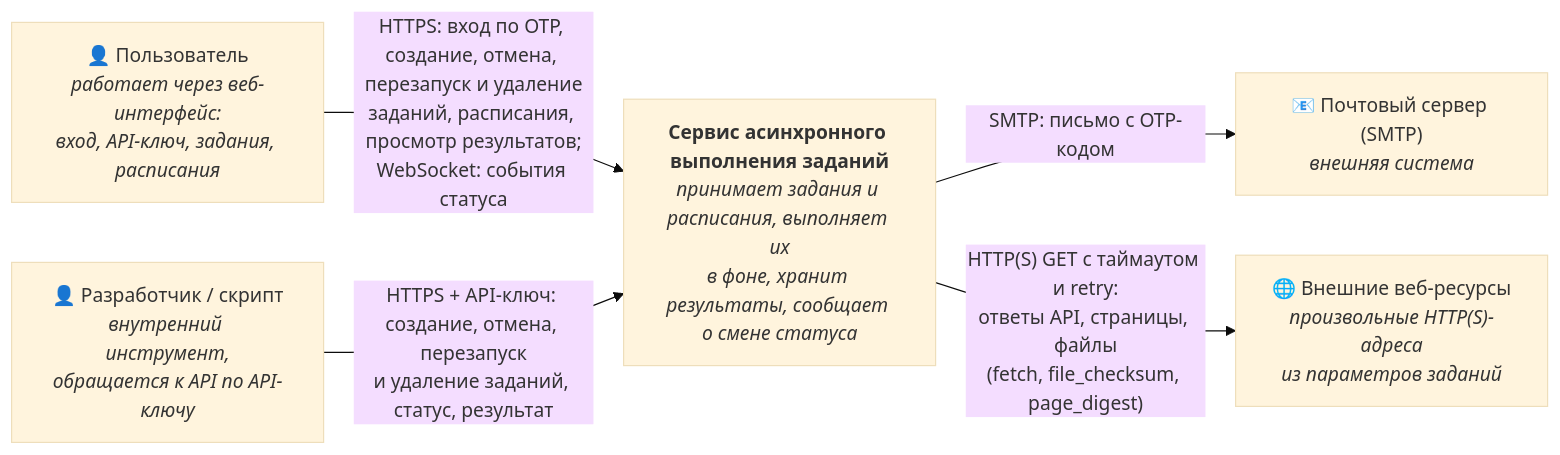
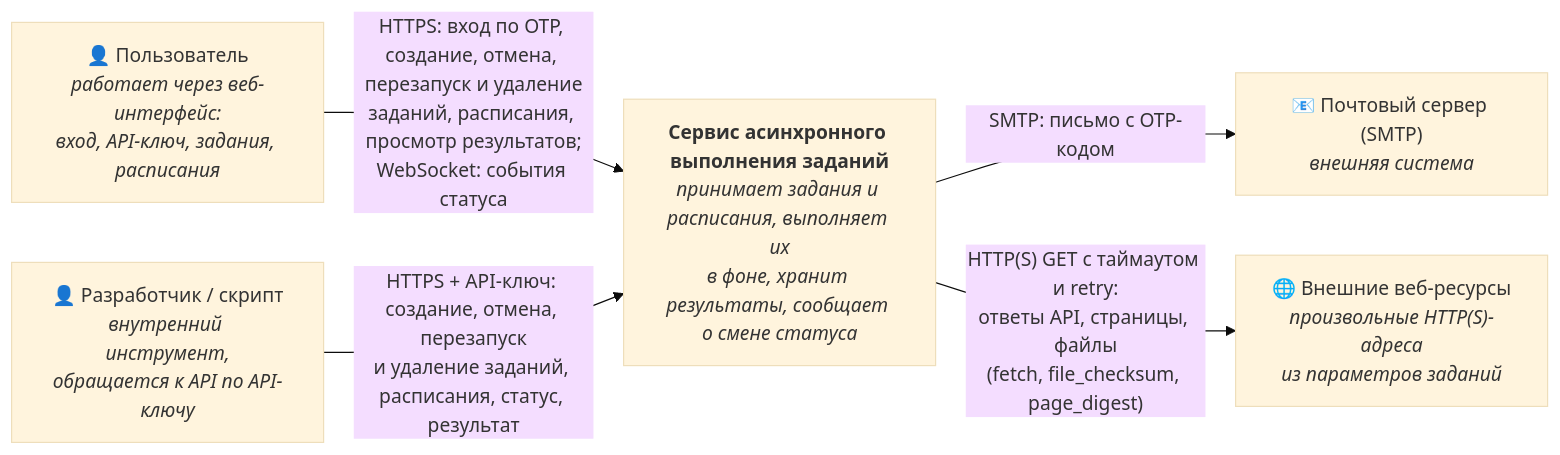
Before and after one commit to AIProgramIngeneering2026/team-cifrovie-kovri-sezon-2: the first of 2 diagrams in docs/architecture.md, drawn with Mermaid (base theme). The commit also changed other lines of this file and 6 other files, not shown here.

````diff
--- a/docs/architecture.md
+++ b/docs/architecture.md
@@ -11,15 +11,15 @@
 ```mermaid
 flowchart LR
     user["👤 Пользователь<br/><i>работает через веб-интерфейс:<br/>вход, API-ключ, задания, расписания</i>"]
     dev["👤 Разработчик / скрипт<br/><i>внутренний инструмент,<br/>обращается к API по API-ключу</i>"]
 
     system["<b>Сервис асинхронного выполнения заданий</b><br/><i>принимает задания и расписания, выполняет их<br/>в фоне, хранит результаты, сообщает о смене статуса</i>"]
 
     smtp["📧 Почтовый сервер (SMTP)<br/><i>внешняя система</i>"]
     web["🌐 Внешние веб-ресурсы<br/><i>произвольные HTTP(S)-адреса<br/>из параметров заданий</i>"]
 
     user -- "HTTPS: вход по OTP, создание, отмена, перезапуск и удаление<br/>заданий, расписания, просмотр результатов;<br/>WebSocket: события статуса" --> system
-    dev -- "HTTPS + API-ключ: создание, отмена, перезапуск<br/>и удаление заданий, статус, результат" --> system
+    dev -- "HTTPS + API-ключ: создание, отмена, перезапуск<br/>и удаление заданий, расписания, статус, результат" --> system
     system -- "SMTP: письмо с OTP-кодом" --> smtp
     system -- "HTTP(S) GET с таймаутом и retry:<br/>ответы API, страницы, файлы<br/>(fetch, file_checksum, page_digest)" --> web
 ```
````
